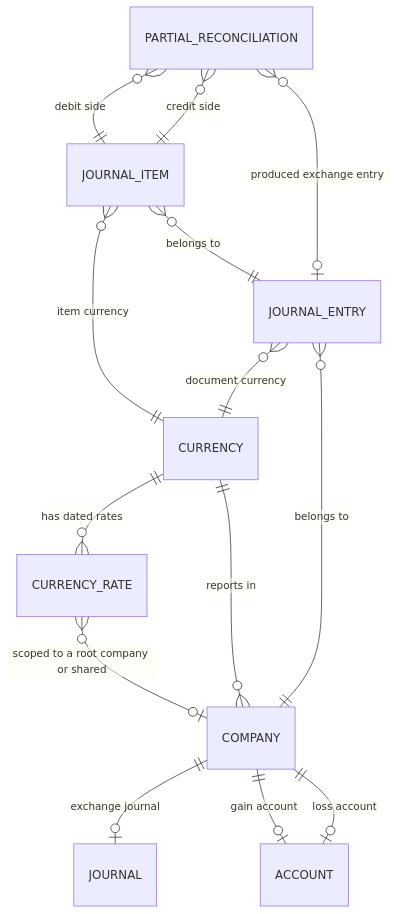
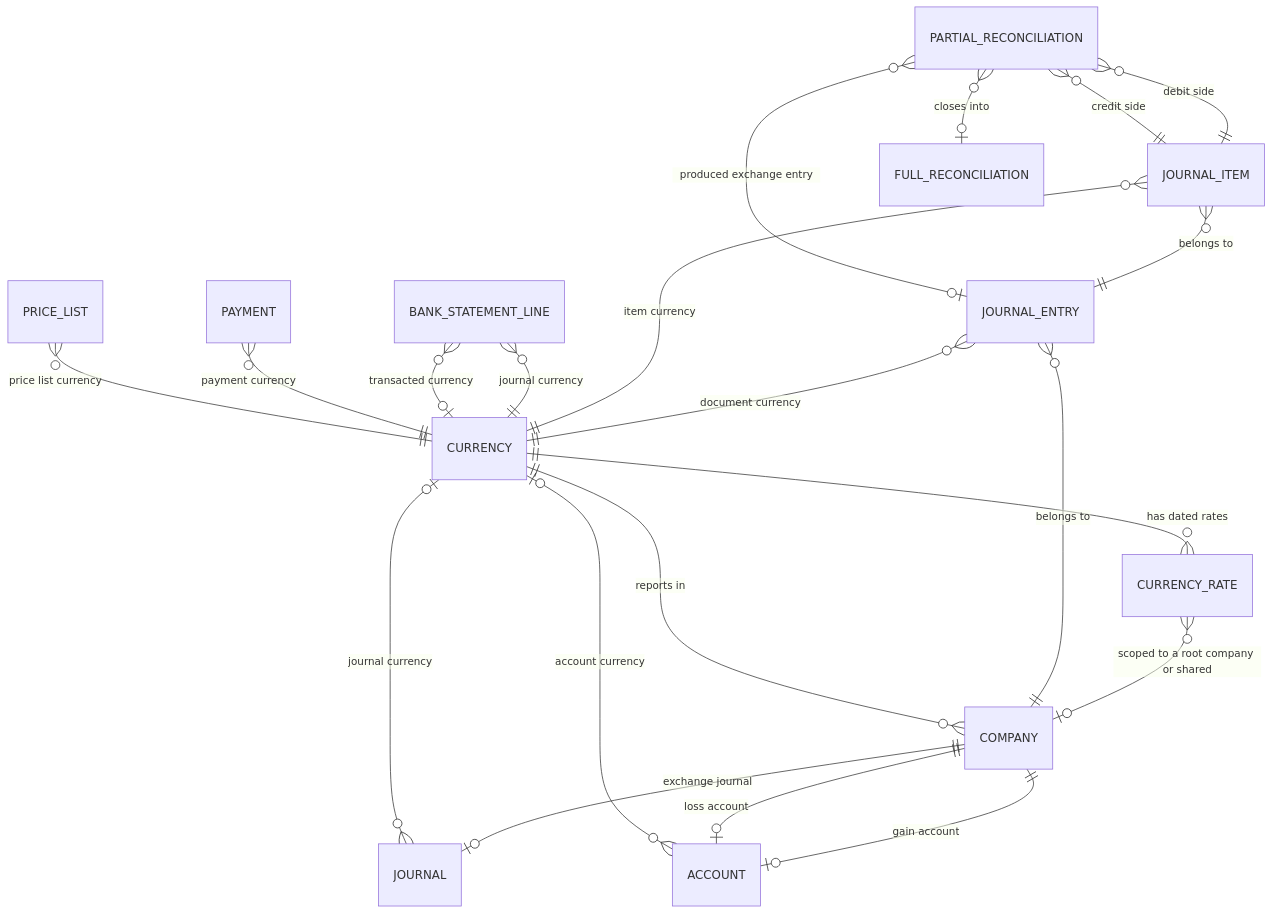
The diagram in docs/domains/multi-currency/entities.md (vast-development-method/odoo-doc), drawn with Mermaid before and after one commit. The commit also changed other lines of this file and 53 other files, not shown here.

````diff
--- a/docs/domains/multi-currency/entities.md
+++ b/docs/domains/multi-currency/entities.md
@@ -461,16 +858,23 @@
 ```mermaid
 erDiagram
     CURRENCY ||--o{ CURRENCY_RATE : "has dated rates"
     COMPANY }o--|| CURRENCY : "reports in"
     CURRENCY_RATE }o--o| COMPANY : "scoped to a root company or shared"
     JOURNAL_ENTRY }o--|| CURRENCY : "document currency"
     JOURNAL_ENTRY }o--|| COMPANY : "belongs to"
     JOURNAL_ITEM }o--|| CURRENCY : "item currency"
     JOURNAL_ITEM }o--|| JOURNAL_ENTRY : "belongs to"
     PARTIAL_RECONCILIATION }o--|| JOURNAL_ITEM : "debit side"
     PARTIAL_RECONCILIATION }o--|| JOURNAL_ITEM : "credit side"
     PARTIAL_RECONCILIATION }o--o| JOURNAL_ENTRY : "produced exchange entry"
+    PARTIAL_RECONCILIATION }o--o| FULL_RECONCILIATION : "closes into"
+    JOURNAL }o--o| CURRENCY : "journal currency"
+    ACCOUNT }o--o| CURRENCY : "account currency"
+    BANK_STATEMENT_LINE }o--|| CURRENCY : "journal currency"
+    BANK_STATEMENT_LINE }o--o| CURRENCY : "transacted currency"
+    PAYMENT }o--|| CURRENCY : "payment currency"
+    PRICE_LIST }o--|| CURRENCY : "price list currency"
     COMPANY ||--o| JOURNAL : "exchange journal"
     COMPANY ||--o| ACCOUNT : "gain account"
     COMPANY ||--o| ACCOUNT : "loss account"
 ```
````
